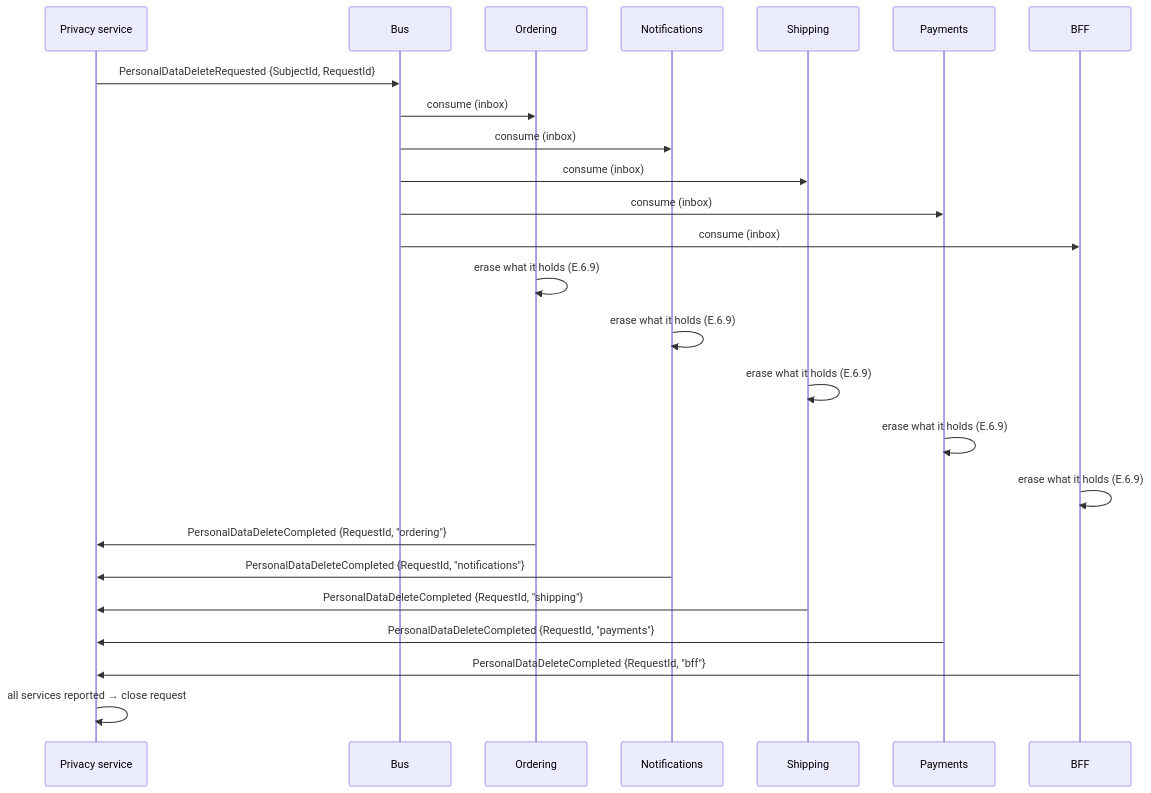
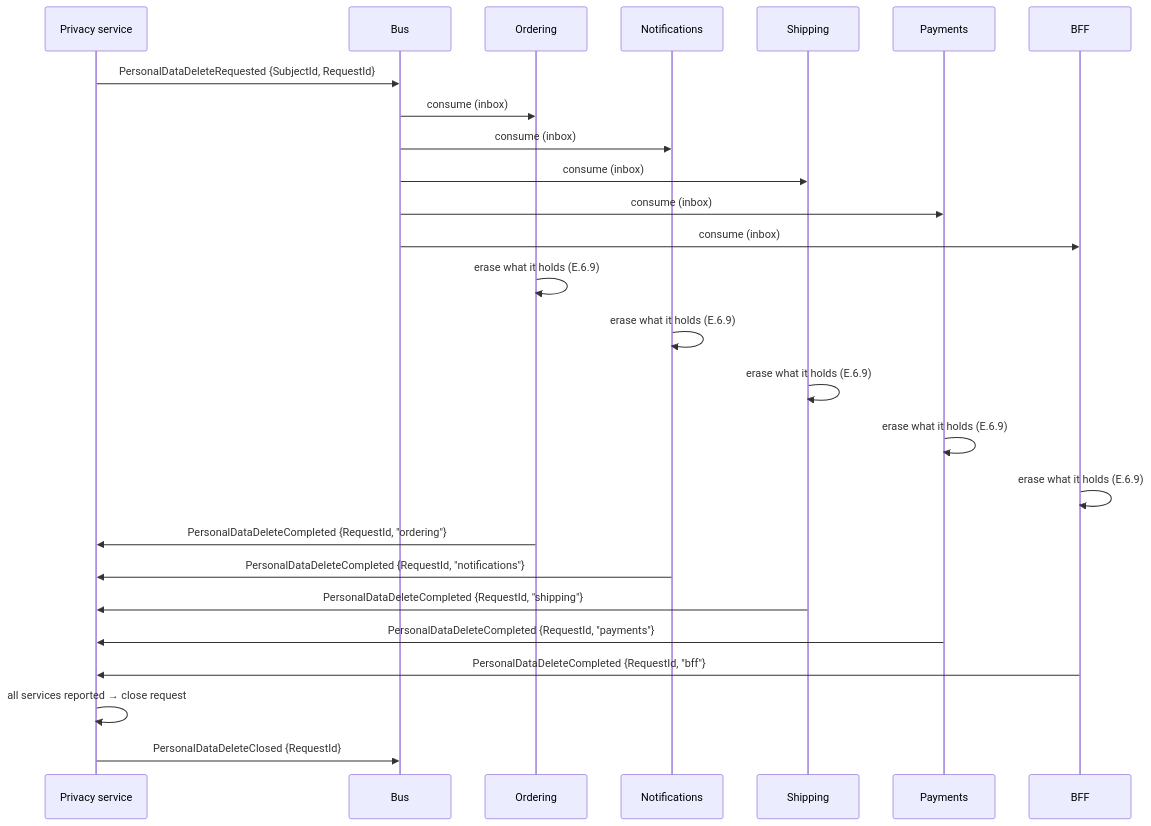
The second of 2 diagrams in docs/backend-architecture/11-identity-authorization.md (alexander-shamray/blueprint-backend), drawn with Mermaid before and after one commit. The commit also changed other lines of this file and 11 other files, not shown here.

````diff
--- a/docs/backend-architecture/11-identity-authorization.md
+++ b/docs/backend-architecture/11-identity-authorization.md
@@ -1445,28 +1445,29 @@
 ```mermaid
 sequenceDiagram
     participant P as Privacy service
     participant B as Bus
     participant O as Ordering
     participant N as Notifications
     participant S as Shipping
     participant Y as Payments
     participant F as BFF
 
     P->>B: PersonalDataDeleteRequested {SubjectId, RequestId}
     B->>O: consume (inbox)
     B->>N: consume (inbox)
     B->>S: consume (inbox)
     B->>Y: consume (inbox)
     B->>F: consume (inbox)
     O->>O: erase what it holds (E.6.9)
     N->>N: erase what it holds (E.6.9)
     S->>S: erase what it holds (E.6.9)
     Y->>Y: erase what it holds (E.6.9)
     F->>F: erase what it holds (E.6.9)
     O->>P: PersonalDataDeleteCompleted {RequestId, "ordering"}
     N->>P: PersonalDataDeleteCompleted {RequestId, "notifications"}
     S->>P: PersonalDataDeleteCompleted {RequestId, "shipping"}
     Y->>P: PersonalDataDeleteCompleted {RequestId, "payments"}
     F->>P: PersonalDataDeleteCompleted {RequestId, "bff"}
     P->>P: all services reported → close request
+    P->>B: PersonalDataDeleteClosed {RequestId}
 ```
````
